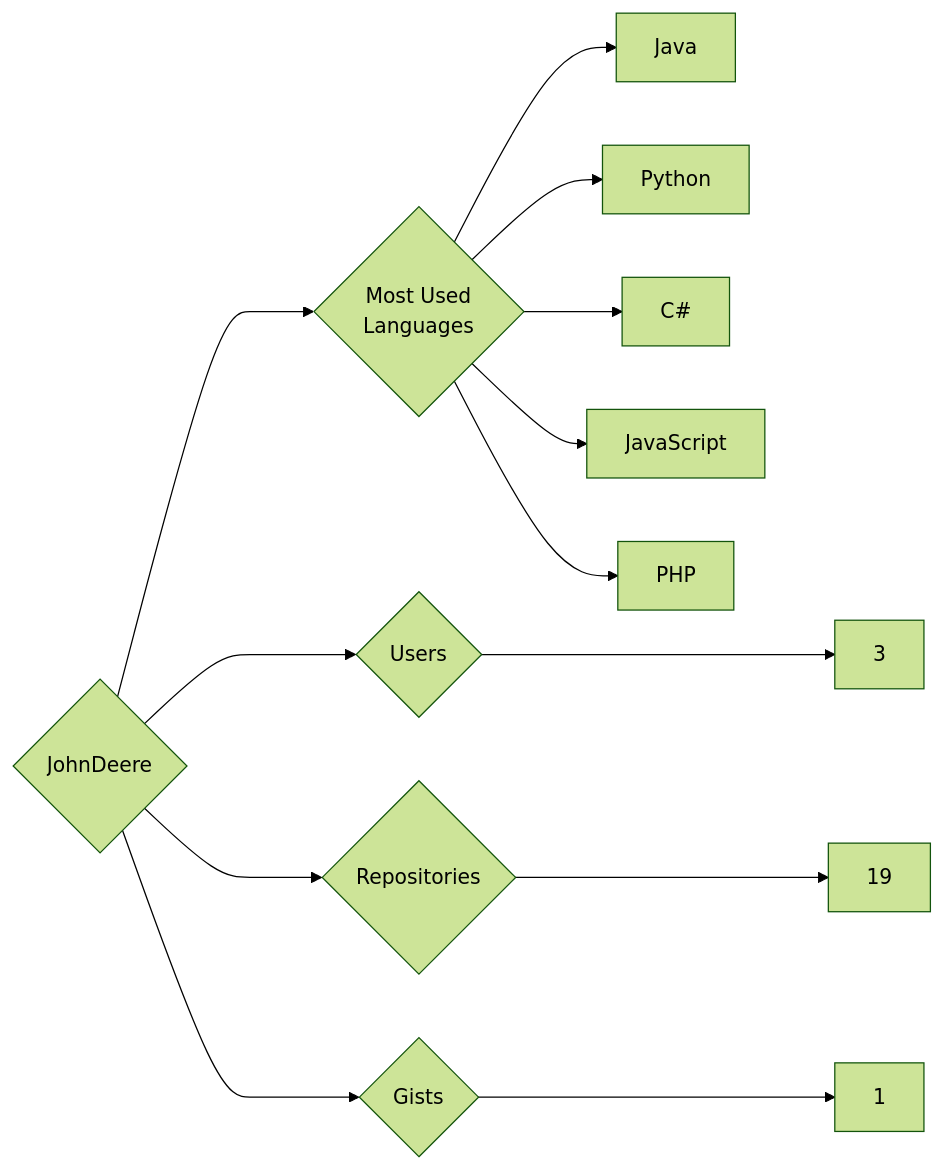
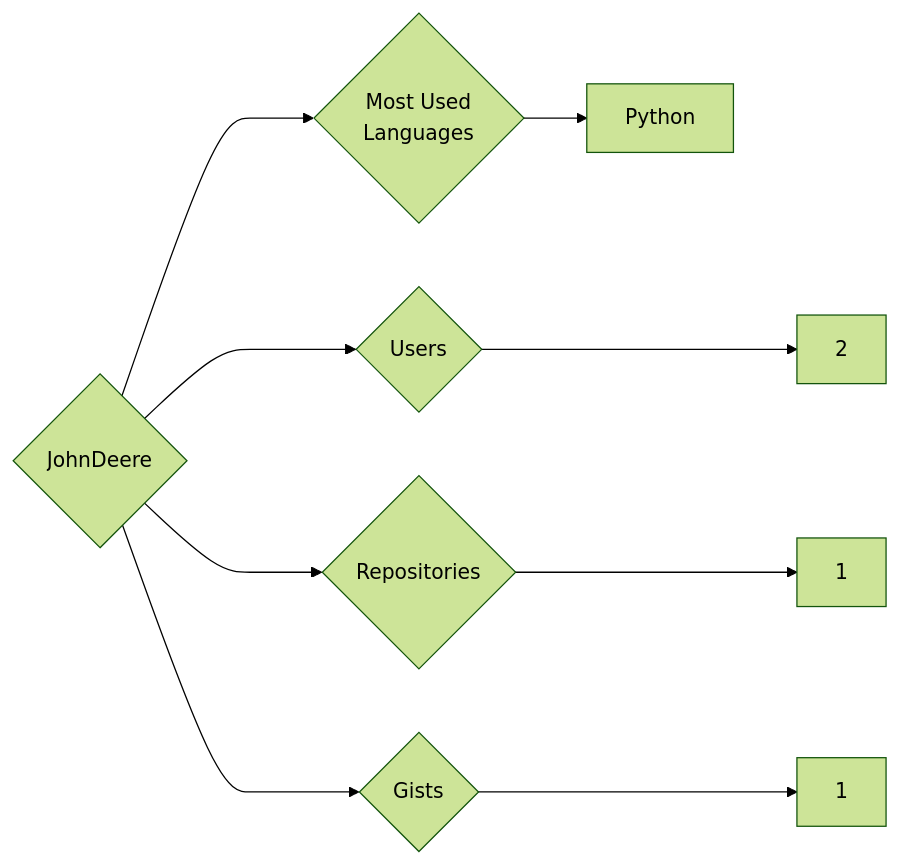
One commit to trickest/insiders changed the diagram in targets/JohnDeere/README.md. Above: the diagram before and after it, drawn with Mermaid (forest theme). The commit also changed 736 other files, not shown here.

````diff
--- a/targets/JohnDeere/README.md
+++ b/targets/JohnDeere/README.md
@@ -3,13 +3,9 @@
 ```mermaid
 graph LR
 COMPANY_NAME{JohnDeere}
-COMPANY_NAME ---> U{Users} ---> UN[3]
-COMPANY_NAME ---> R{Repositories} ---> RN[19]
+COMPANY_NAME ---> U{Users} ---> UN[2]
+COMPANY_NAME ---> R{Repositories} ---> RN[1]
 COMPANY_NAME ---> G{Gists} ---> GN[1]
 COMPANY_NAME ---> ML{Most Used<br>Languages}
-ML --> Java[Java]
 ML --> Python[Python]
-ML --> C#[C#]
-ML --> JavaScript[JavaScript]
-ML --> PHP[PHP]
 ```
````
